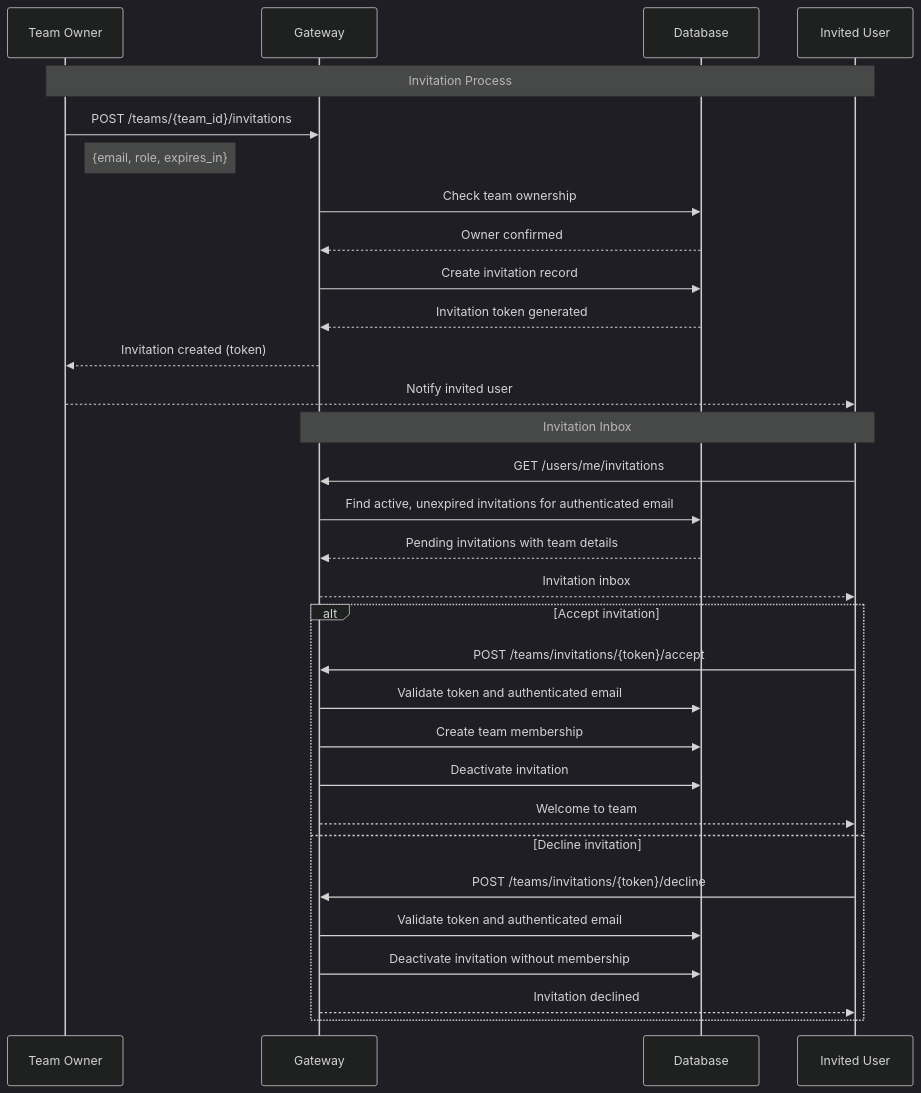
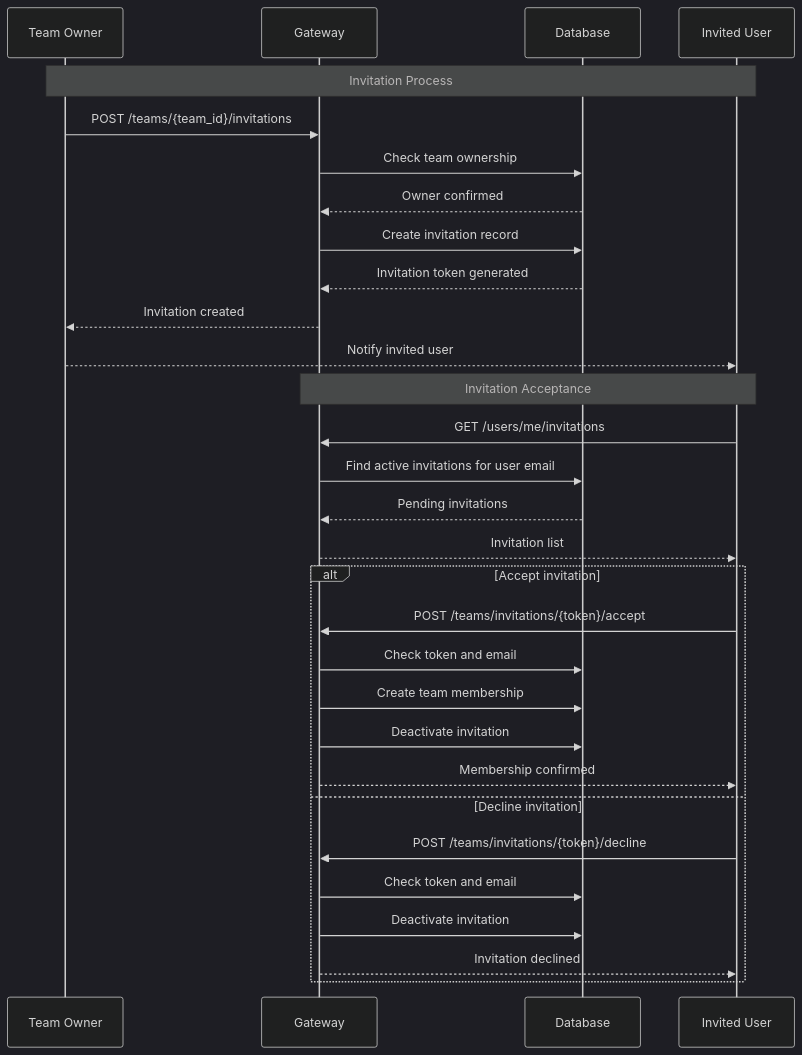
Before and after one commit to IBM/mcp-context-forge: the fourth of 5 diagrams in docs/docs/architecture/multitenancy.md, drawn with Mermaid (dark theme). The commit also changed other lines of this file and 4 other files, not shown here.

````diff
--- a/docs/docs/architecture/multitenancy.md
+++ b/docs/docs/architecture/multitenancy.md
@@ -239,39 +183,35 @@
 ```mermaid
 sequenceDiagram
     participant O as Team Owner
     participant G as Gateway
     participant DB as Database
     participant I as Invited User
 
     Note over O,I: Invitation Process
     O->>G: POST /teams/{team_id}/invitations
-    Note right of O: {email, role, expires_in}
-
     G->>DB: Check team ownership
     DB-->>G: Owner confirmed
-
     G->>DB: Create invitation record
     DB-->>G: Invitation token generated
-
-    G-->>O: Invitation created (token)
+    G-->>O: Invitation created
     O-->>I: Notify invited user
 
-    Note over I,G: Invitation Inbox
+    Note over I,G: Invitation Acceptance
     I->>G: GET /users/me/invitations
-    G->>DB: Find active, unexpired invitations for authenticated email
-    DB-->>G: Pending invitations with team details
-    G-->>I: Invitation inbox
+    G->>DB: Find active invitations for user email
+    DB-->>G: Pending invitations
+    G-->>I: Invitation list
 
     alt Accept invitation
         I->>G: POST /teams/invitations/{token}/accept
-        G->>DB: Validate token and authenticated email
+        G->>DB: Check token and email
         G->>DB: Create team membership
         G->>DB: Deactivate invitation
-        G-->>I: Welcome to team
+        G-->>I: Membership confirmed
     else Decline invitation
         I->>G: POST /teams/invitations/{token}/decline
-        G->>DB: Validate token and authenticated email
-        G->>DB: Deactivate invitation without membership
+        G->>DB: Check token and email
+        G->>DB: Deactivate invitation
         G-->>I: Invitation declined
     end
 ```
````
